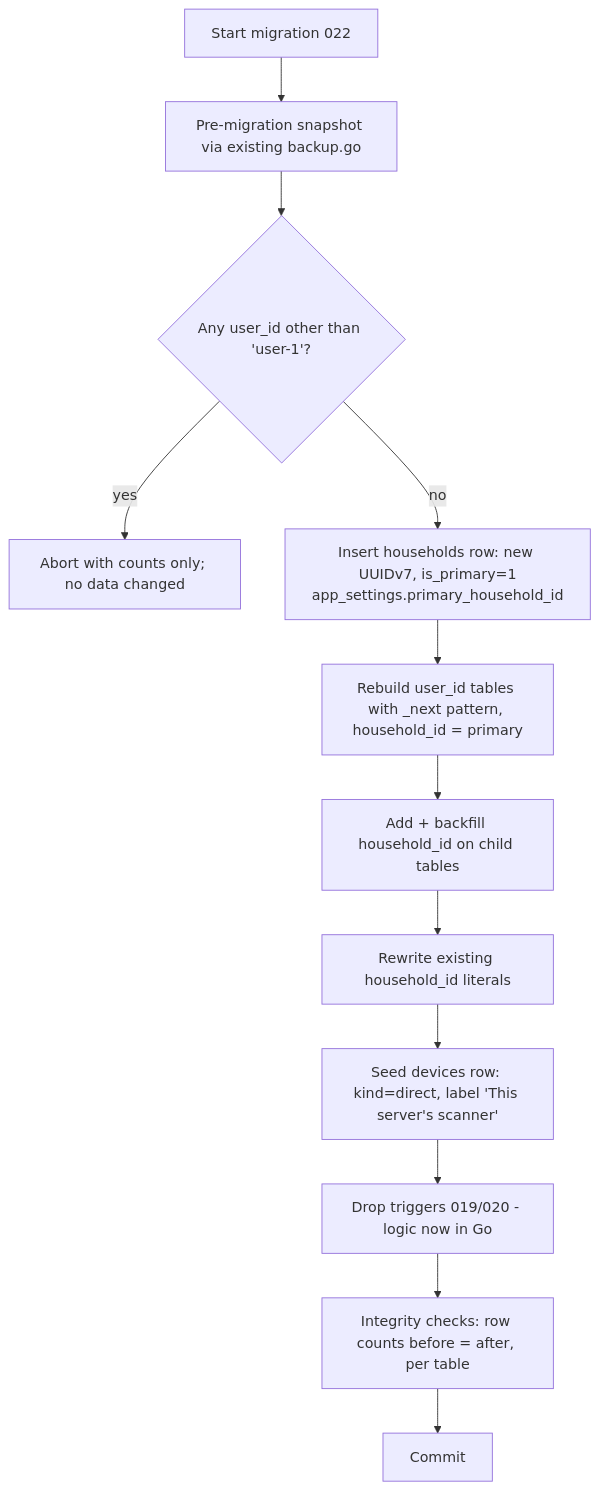
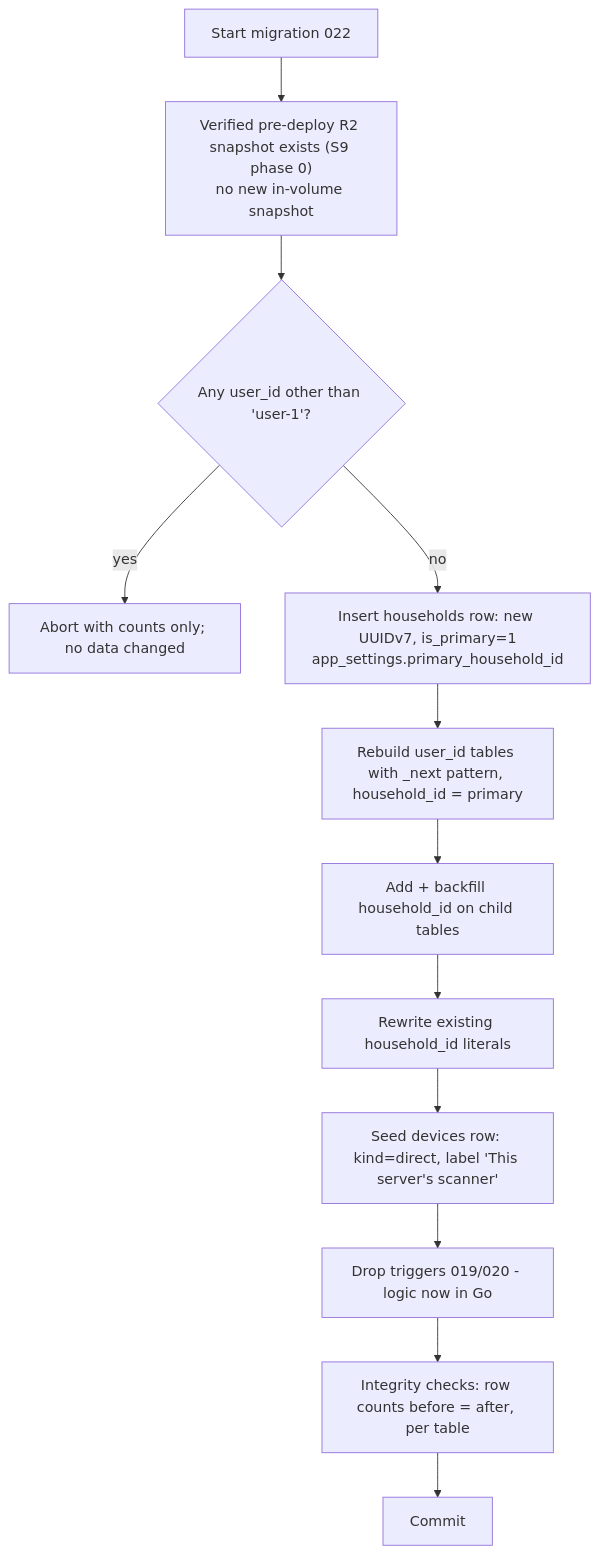
The third of 9 diagrams in docs/design/multi-household-staged.md (Rhionin/stockbot), drawn with Mermaid before and after one commit. The commit also changed other lines of this file, not shown here.

Commit message:
docs: amend staged plan for S9 review (Cloudflare Free limits, Phase-0 first, key custody)

````diff
--- a/docs/design/multi-household-staged.md
+++ b/docs/design/multi-household-staged.md
@@ -183,14 +184,14 @@
 ```mermaid
 flowchart TD
-  A[Start migration 022] --> B[Pre-migration snapshot via existing backup.go]
+  A[Start migration 022] --> B["Verified pre-deploy R2 snapshot exists (S9 phase 0)<br/>no new in-volume snapshot"]
   B --> C{Any user_id other than 'user-1'?}
   C -->|yes| X[Abort with counts only; no data changed]
   C -->|no| D["Insert households row: new UUIDv7, is_primary=1<br/>app_settings.primary_household_id"]
   D --> E[Rebuild user_id tables with _next pattern, household_id = primary]
   E --> F[Add + backfill household_id on child tables]
   F --> G[Rewrite existing household_id literals]
   G --> H["Seed devices row: kind=direct, label 'This server's scanner'"]
   H --> J[Drop triggers 019/020 - logic now in Go]
   J --> K[Integrity checks: row counts before = after, per table]
   K --> L[Commit]
 ```
````
